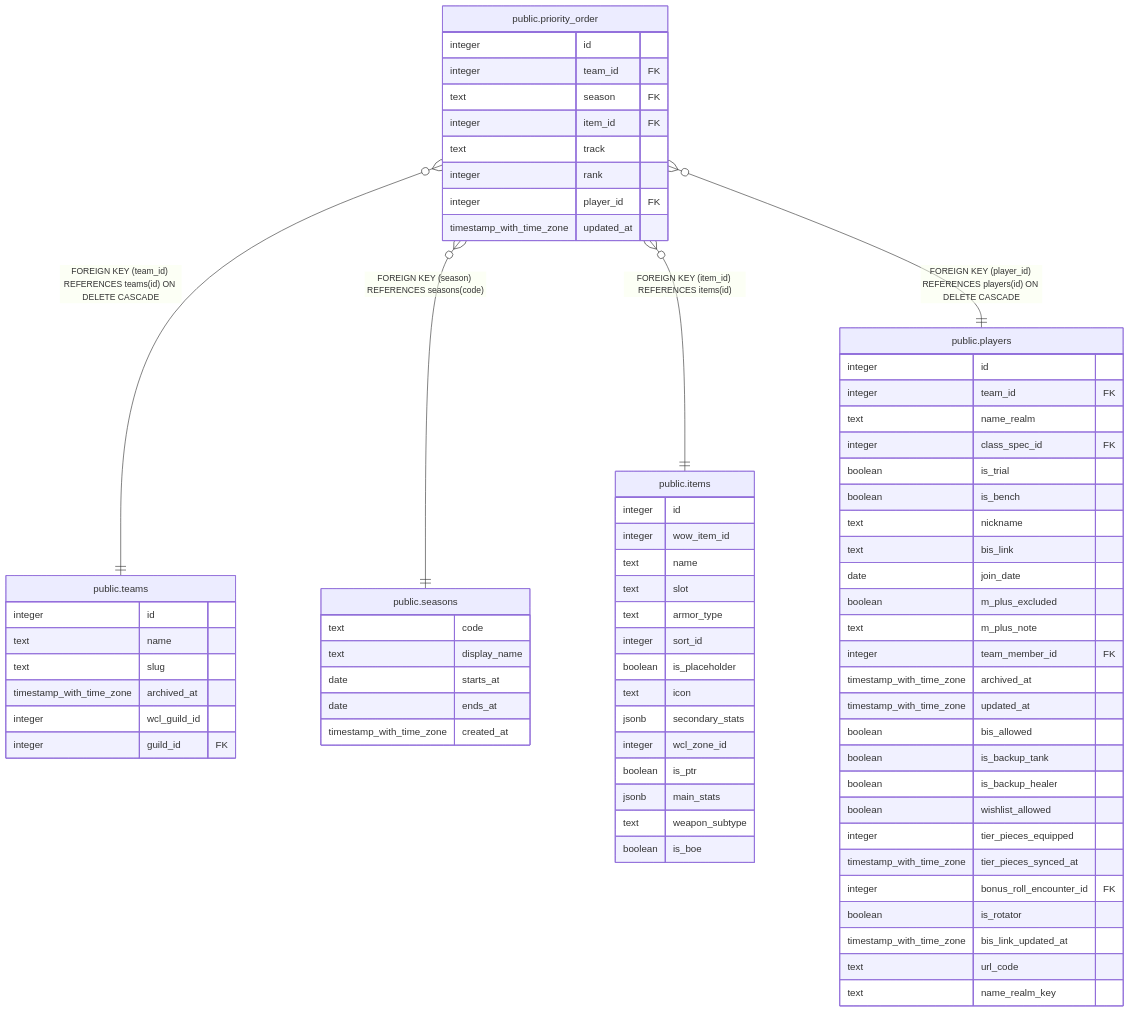
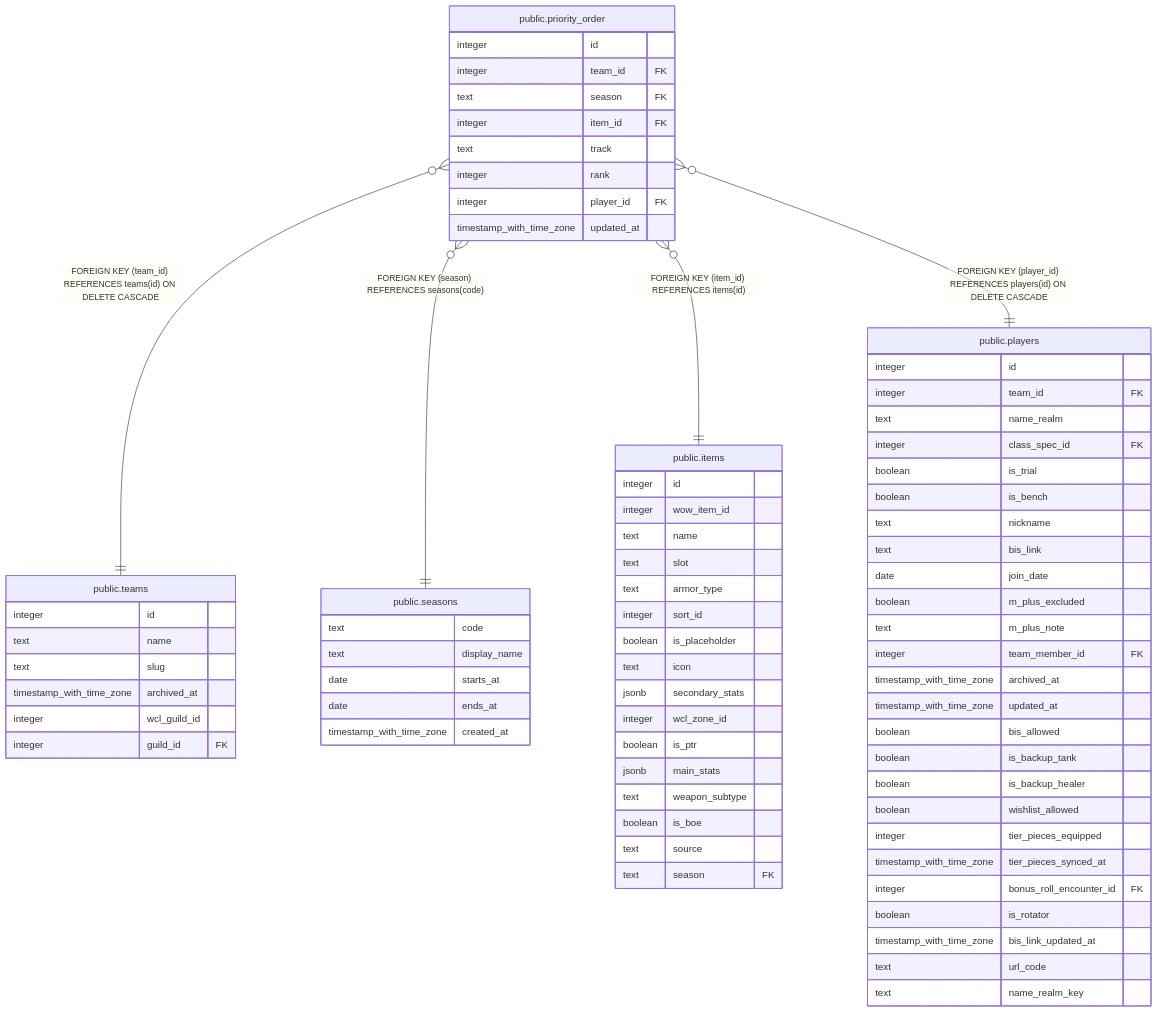
The diagram in dbdoc/public.priority_order.md (katogaming88/WGA-Raid-Hub), drawn with Mermaid before and after one commit. The commit also changed 32 other files, not shown here.

````diff
--- a/dbdoc/public.priority_order.md
+++ b/dbdoc/public.priority_order.md
@@ -46,77 +46,79 @@
 ```mermaid
 erDiagram
 
 "public.priority_order" }o--|| "public.teams" : "FOREIGN KEY (team_id) REFERENCES teams(id) ON DELETE CASCADE"
 "public.priority_order" }o--|| "public.seasons" : "FOREIGN KEY (season) REFERENCES seasons(code)"
 "public.priority_order" }o--|| "public.items" : "FOREIGN KEY (item_id) REFERENCES items(id)"
 "public.priority_order" }o--|| "public.players" : "FOREIGN KEY (player_id) REFERENCES players(id) ON DELETE CASCADE"
 
 "public.priority_order" {
   integer id
   integer team_id FK
   text season FK
   integer item_id FK
   text track
   integer rank
   integer player_id FK
   timestamp_with_time_zone updated_at
 }
 "public.teams" {
   integer id
   text name
   text slug
   timestamp_with_time_zone archived_at
   integer wcl_guild_id
   integer guild_id FK
 }
 "public.seasons" {
   text code
   text display_name
   date starts_at
   date ends_at
   timestamp_with_time_zone created_at
 }
 "public.items" {
   integer id
   integer wow_item_id
   text name
   text slot
   text armor_type
   integer sort_id
   boolean is_placeholder
   text icon
   jsonb secondary_stats
   integer wcl_zone_id
   boolean is_ptr
   jsonb main_stats
   text weapon_subtype
   boolean is_boe
+  text source
+  text season FK
 }
 "public.players" {
   integer id
   integer team_id FK
   text name_realm
   integer class_spec_id FK
   boolean is_trial
   boolean is_bench
   text nickname
   text bis_link
   date join_date
   boolean m_plus_excluded
   text m_plus_note
   integer team_member_id FK
   timestamp_with_time_zone archived_at
   timestamp_with_time_zone updated_at
   boolean bis_allowed
   boolean is_backup_tank
   boolean is_backup_healer
   boolean wishlist_allowed
   integer tier_pieces_equipped
   timestamp_with_time_zone tier_pieces_synced_at
   integer bonus_roll_encounter_id FK
   boolean is_rotator
   timestamp_with_time_zone bis_link_updated_at
   text url_code
   text name_realm_key
 }
 ```
````
